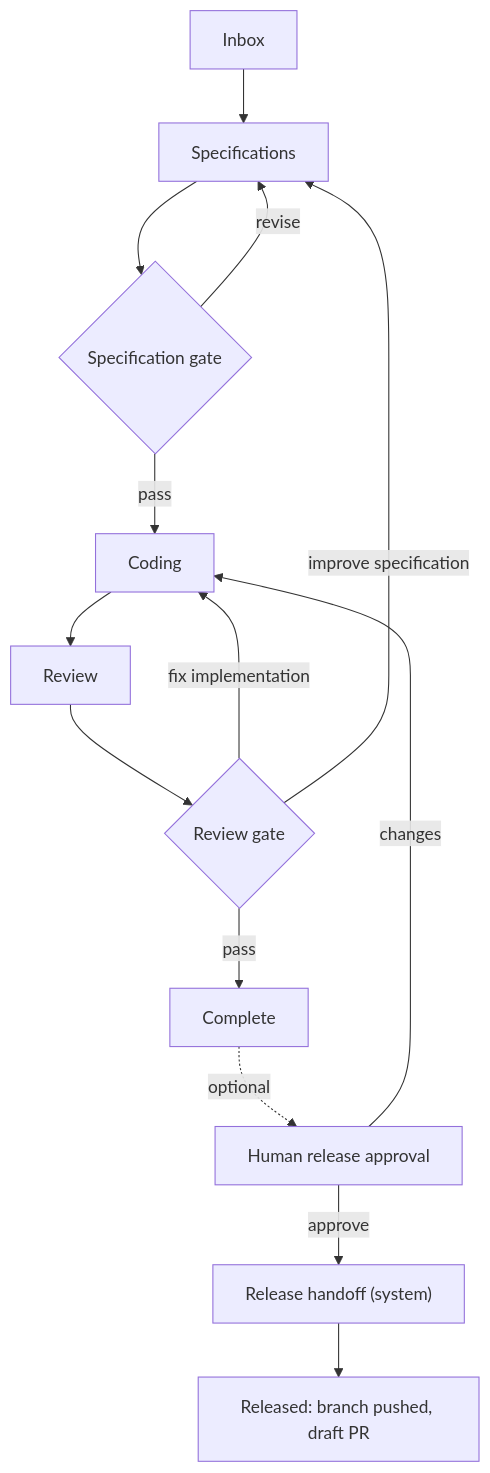
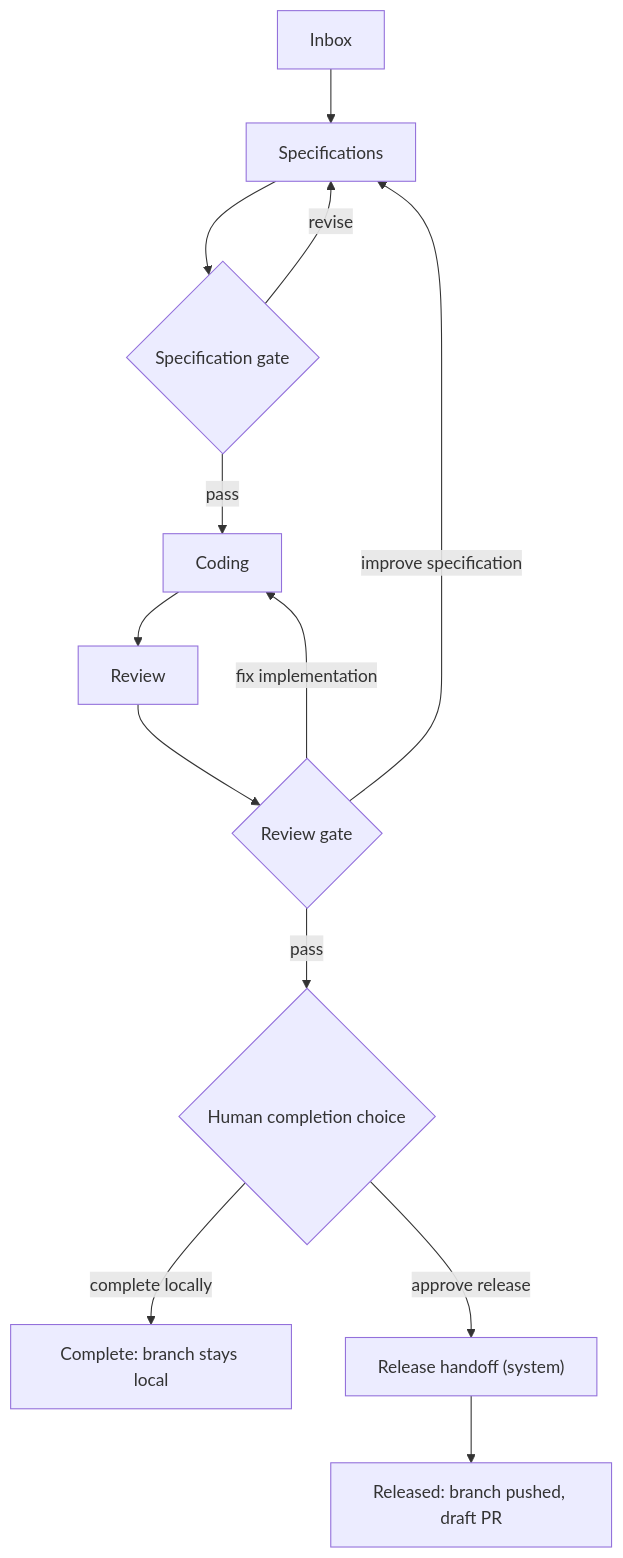
One commit to mpakus/cuckoding.com changed the diagram in docs/FLOW.md. Above: the diagram before and after it, drawn with Mermaid. The commit also changed other lines of this file and 18 other files, not shown here.

Commit message:
feat(workflow): route review findings and complete locally

````diff
--- a/docs/FLOW.md
+++ b/docs/FLOW.md
@@ -54,16 +54,15 @@
 ```mermaid
 flowchart TD
     I["Inbox"] --> S["Specifications"]
     S --> G1{"Specification gate"}
     G1 -->|pass| D["Coding"]
     G1 -->|revise| S
     D --> Q["Review"]
     Q --> G2{"Review gate"}
     G2 -->|fix implementation| D
     G2 -->|improve specification| S
-    G2 -->|pass| X["Complete"]
-    X -. optional .-> H["Human release approval"]
-    H -->|approve| R["Release handoff (system)"]
-    H -->|changes| D
+    G2 -->|pass| H{"Human completion choice"}
+    H -->|complete locally| X["Complete: branch stays local"]
+    H -->|approve release| R["Release handoff (system)"]
     R --> Z["Released: branch pushed, draft PR"]
 ```
````
